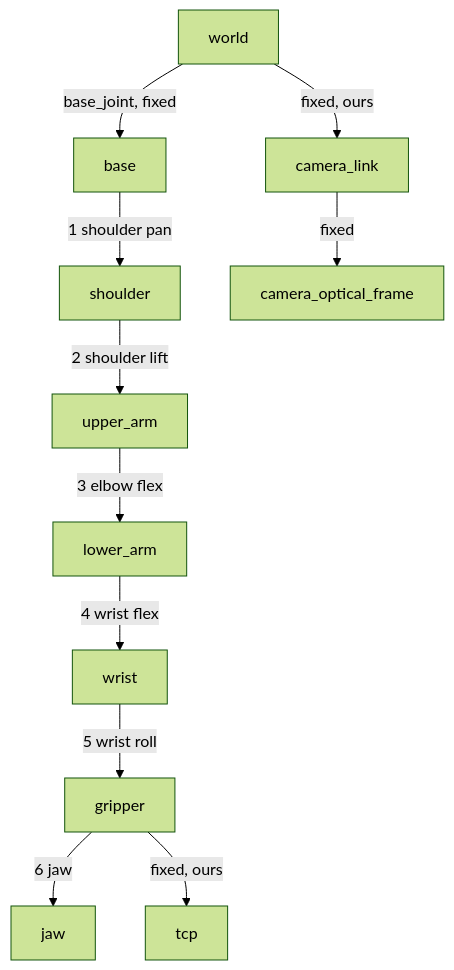
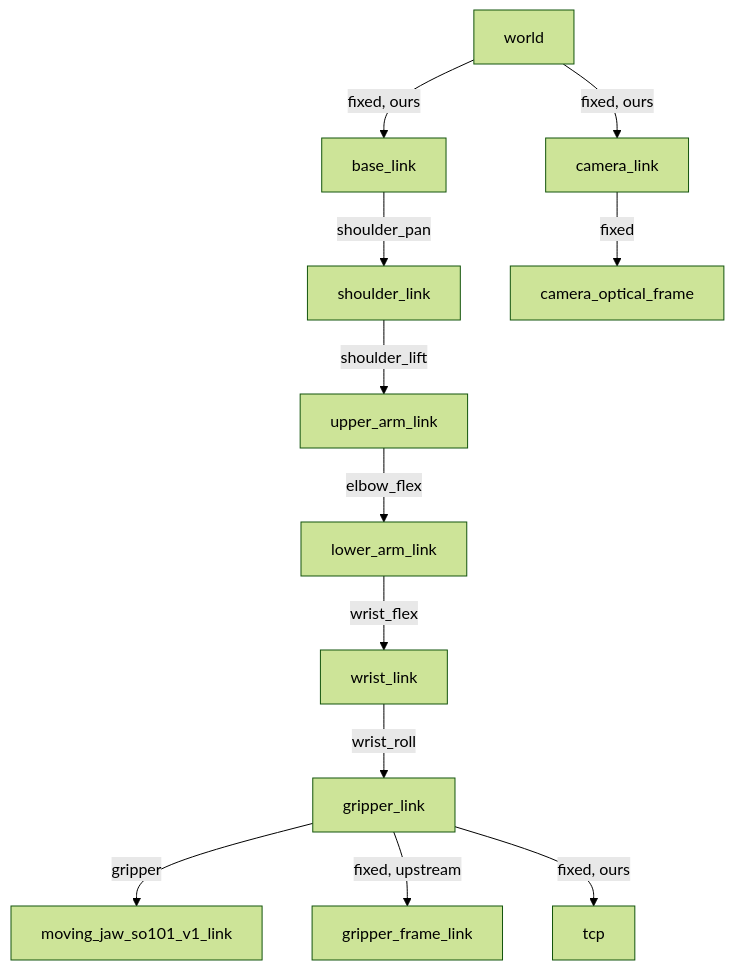
The second of 2 diagrams in docs/architecture.md (PiotrKonopkaRobotyka/so101_mtc), drawn with Mermaid (forest theme) before and after one commit. The commit also changed other lines of this file and 5 other files, not shown here.

````diff
--- a/docs/architecture.md
+++ b/docs/architecture.md
@@ -83,13 +90,14 @@
 ```mermaid
 flowchart TD
-  world -->|"base_joint, fixed"| base
-  base -->|"1 shoulder pan"| shoulder
-  shoulder -->|"2 shoulder lift"| upper_arm
-  upper_arm -->|"3 elbow flex"| lower_arm
-  lower_arm -->|"4 wrist flex"| wrist
-  wrist -->|"5 wrist roll"| gripper
-  gripper -->|"6 jaw"| jaw
-  gripper -->|"fixed, ours"| tcp
+  world -->|"fixed, ours"| base_link
+  base_link -->|"shoulder_pan"| shoulder_link
+  shoulder_link -->|"shoulder_lift"| upper_arm_link
+  upper_arm_link -->|"elbow_flex"| lower_arm_link
+  lower_arm_link -->|"wrist_flex"| wrist_link
+  wrist_link -->|"wrist_roll"| gripper_link
+  gripper_link -->|"gripper"| moving_jaw_so101_v1_link
+  gripper_link -->|"fixed, upstream"| gripper_frame_link
+  gripper_link -->|"fixed, ours"| tcp
   world -->|"fixed, ours"| camera_link
   camera_link -->|"fixed"| camera_optical_frame
 ```
````
